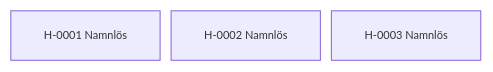
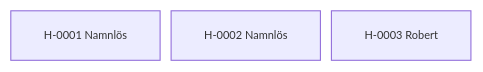
One commit to awoltmp/horse-registry changed the diagram in content/02. Register/02.3 Stamtavlor/Fristående hästar.md. Above: the diagram before and after it, drawn with Mermaid. The commit also changed other lines of this file and 26 other files, not shown here.

````diff
--- a/content/02. Register/02.3 Stamtavlor/Fristående hästar.md
+++ b/content/02. Register/02.3 Stamtavlor/Fristående hästar.md
@@ -26,8 +26,8 @@
 ```mermaid
 %%{init: {"flowchart": {"nodeSpacing": 10, "rankSpacing": 18, "curve": "basis", "htmlLabels": true}, "themeVariables": {"fontSize": "10px"}}}%%
 flowchart TB
     h0["H-0001 Namnlös"]
     h1["H-0002 Namnlös"]
-    h2["H-0003 Namnlös"]
+    h2["H-0003 Robert"]
     class h0,h1,h2 internal-link;
 ```
````
